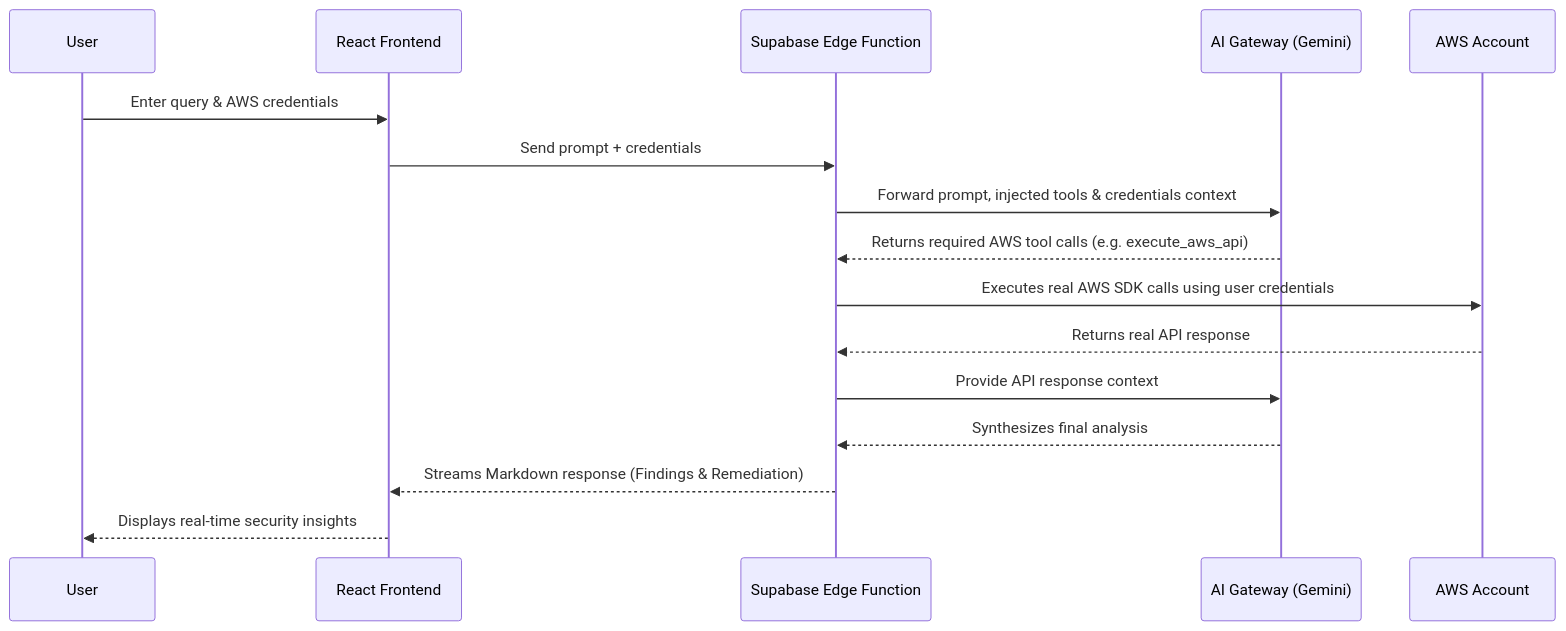
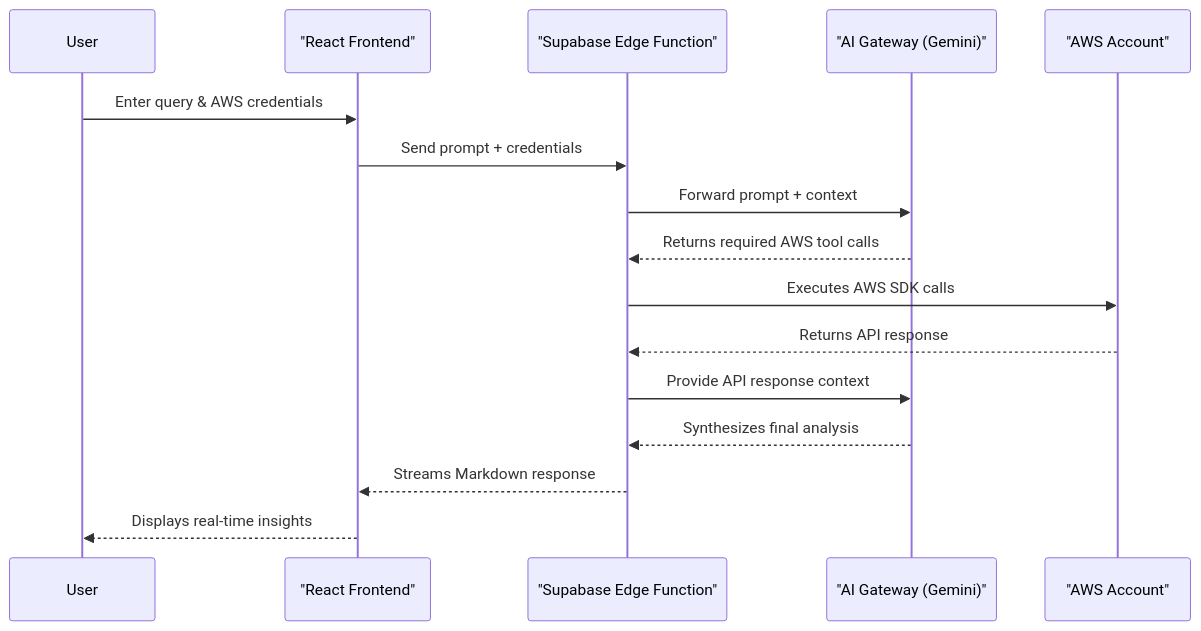
The diagram in README.md (ritvikindupuri/aws-ai-agent), drawn with Mermaid before and after one commit.

````diff
--- a/README.md
+++ b/README.md
@@ -13,19 +13,19 @@
 ```mermaid
 sequenceDiagram
     participant User
-    participant React Frontend
-    participant Supabase Edge Function
-    participant AI Gateway (Gemini)
-    participant AWS Account
+    participant Frontend as "React Frontend"
+    participant Edge as "Supabase Edge Function"
+    participant Gateway as "AI Gateway (Gemini)"
+    participant AWS as "AWS Account"
 
-    User->>React Frontend: Enter query & AWS credentials
-    React Frontend->>Supabase Edge Function: Send prompt + credentials
-    Supabase Edge Function->>AI Gateway (Gemini): Forward prompt, injected tools & credentials context
-    AI Gateway (Gemini)-->>Supabase Edge Function: Returns required AWS tool calls (e.g. execute_aws_api)
-    Supabase Edge Function->>AWS Account: Executes real AWS SDK calls using user credentials
-    AWS Account-->>Supabase Edge Function: Returns real API response
-    Supabase Edge Function->>AI Gateway (Gemini): Provide API response context
-    AI Gateway (Gemini)-->>Supabase Edge Function: Synthesizes final analysis
-    Supabase Edge Function-->>React Frontend: Streams Markdown response (Findings & Remediation)
-    React Frontend-->>User: Displays real-time security insights
+    User->>Frontend: Enter query & AWS credentials
+    Frontend->>Edge: Send prompt + credentials
+    Edge->>Gateway: Forward prompt + context
+    Gateway-->>Edge: Returns required AWS tool calls
+    Edge->>AWS: Executes AWS SDK calls
+    AWS-->>Edge: Returns API response
+    Edge->>Gateway: Provide API response context
+    Gateway-->>Edge: Synthesizes final analysis
+    Edge-->>Frontend: Streams Markdown response
+    Frontend-->>User: Displays real-time insights
 ```
````
